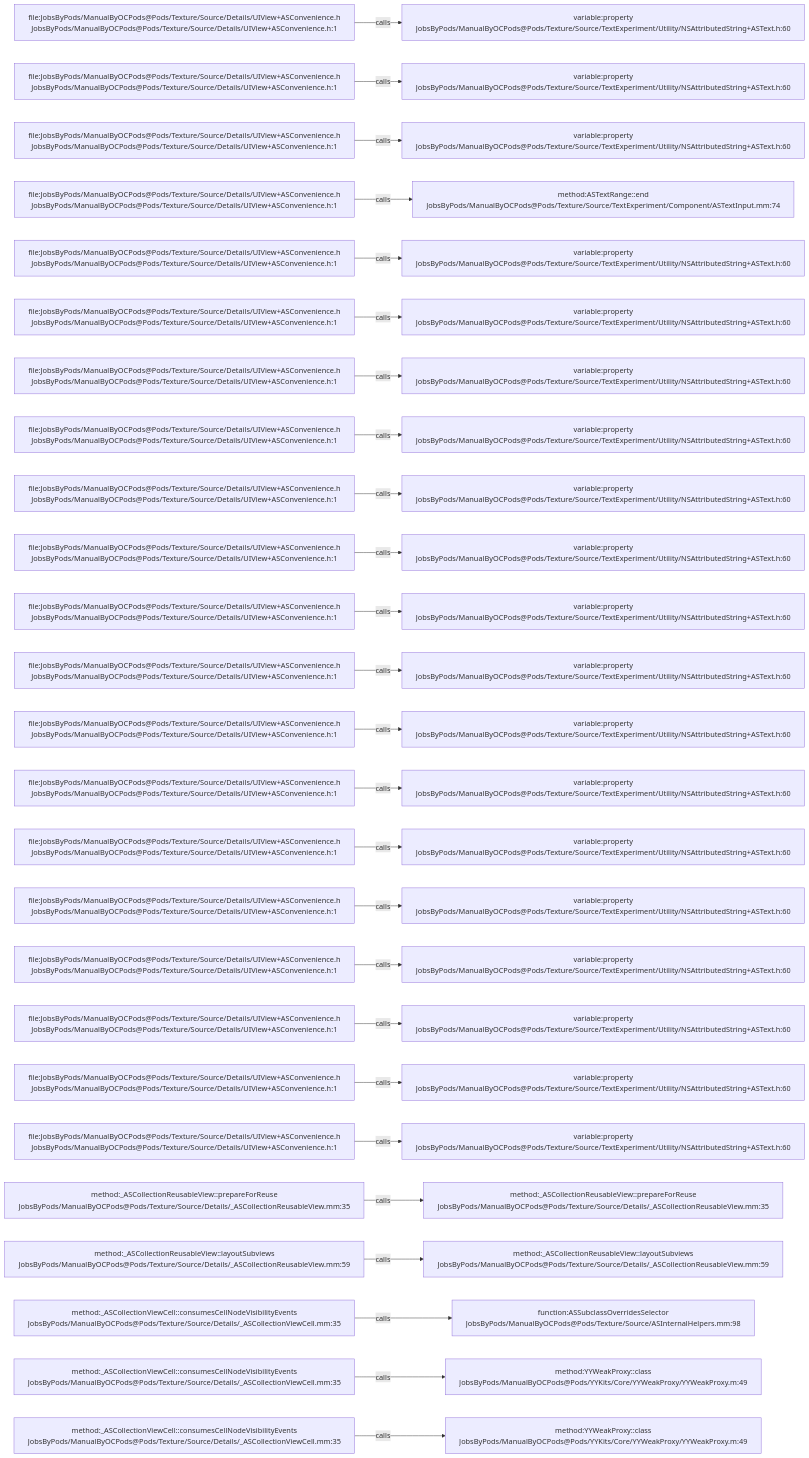
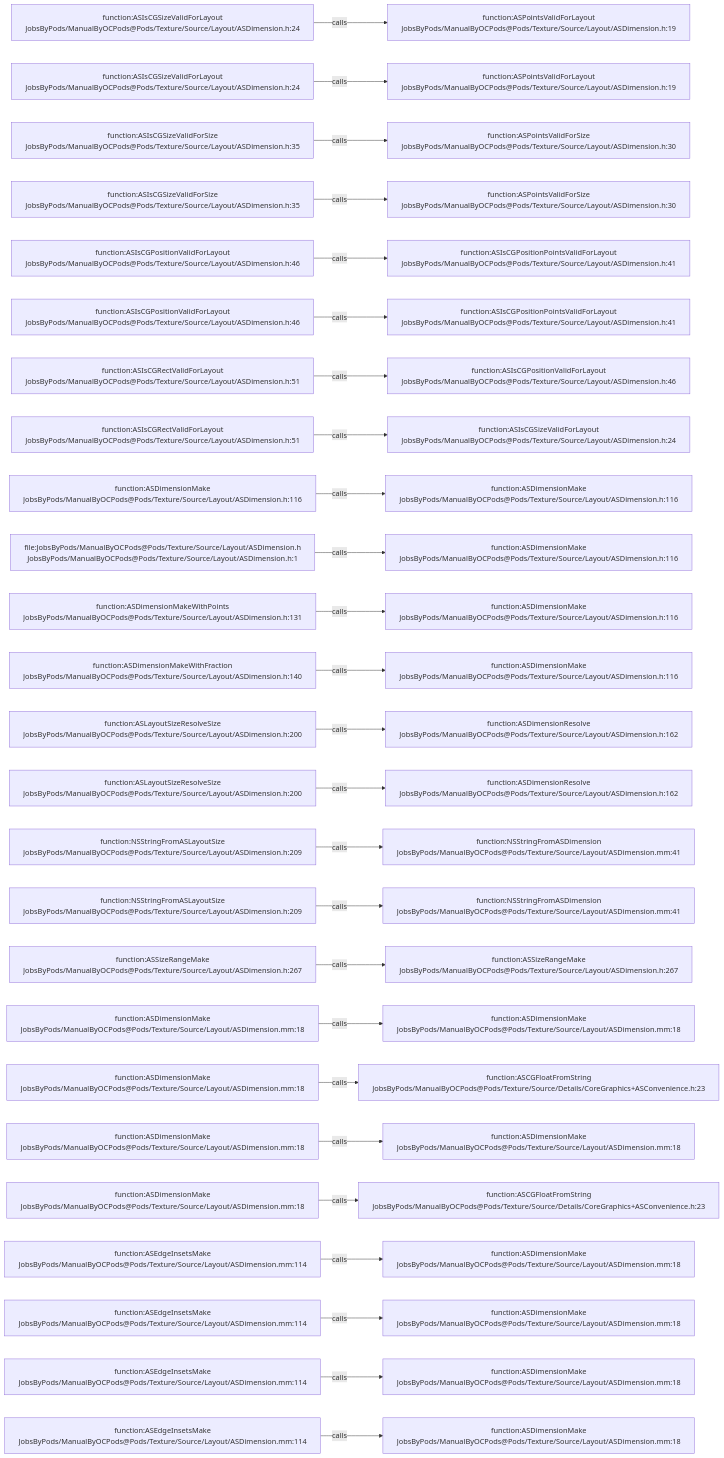
Before and after one commit to JobsKits/JobsOCBaseConfigDemo: the diagram in .codegraph/codegraph.md/graphs/calls-168.md, drawn with Mermaid. The commit also changed 1448 other files, not shown here.

````diff
--- a/.codegraph/codegraph.md/graphs/calls-168.md
+++ b/.codegraph/codegraph.md/graphs/calls-168.md
@@ -13,78 +13,78 @@
 ```mermaid
 flowchart LR
-  S1["file:JobsByPods/ManualByOCPods@Pods/Texture/Source/Details/UIView+ASConvenience.h<br/>JobsByPods/ManualByOCPods@Pods/Texture/Source/Details/UIView+ASConvenience.h:1"]
-  T1["variable:property<br/>JobsByPods/ManualByOCPods@Pods/Texture/Source/TextExperiment/Utility/NSAttributedString+ASText.h:60"]
+  S1["function:ASIsCGSizeValidForLayout<br/>JobsByPods/ManualByOCPods@Pods/Texture/Source/Layout/ASDimension.h:24"]
+  T1["function:ASPointsValidForLayout<br/>JobsByPods/ManualByOCPods@Pods/Texture/Source/Layout/ASDimension.h:19"]
   S1 -->|calls| T1
-  S2["file:JobsByPods/ManualByOCPods@Pods/Texture/Source/Details/UIView+ASConvenience.h<br/>JobsByPods/ManualByOCPods@Pods/Texture/Source/Details/UIView+ASConvenience.h:1"]
-  T2["variable:property<br/>JobsByPods/ManualByOCPods@Pods/Texture/Source/TextExperiment/Utility/NSAttributedString+ASText.h:60"]
+  S2["function:ASIsCGSizeValidForLayout<br/>JobsByPods/ManualByOCPods@Pods/Texture/Source/Layout/ASDimension.h:24"]
+  T2["function:ASPointsValidForLayout<br/>JobsByPods/ManualByOCPods@Pods/Texture/Source/Layout/ASDimension.h:19"]
   S2 -->|calls| T2
-  S3["file:JobsByPods/ManualByOCPods@Pods/Texture/Source/Details/UIView+ASConvenience.h<br/>JobsByPods/ManualByOCPods@Pods/Texture/Source/Details/UIView+ASConvenience.h:1"]
-  T3["variable:property<br/>JobsByPods/ManualByOCPods@Pods/Texture/Source/TextExperiment/Utility/NSAttributedString+ASText.h:60"]
+  S3["function:ASIsCGSizeValidForSize<br/>JobsByPods/ManualByOCPods@Pods/Texture/Source/Layout/ASDimension.h:35"]
+  T3["function:ASPointsValidForSize<br/>JobsByPods/ManualByOCPods@Pods/Texture/Source/Layout/ASDimension.h:30"]
   S3 -->|calls| T3
-  S4["file:JobsByPods/ManualByOCPods@Pods/Texture/Source/Details/UIView+ASConvenience.h<br/>JobsByPods/ManualByOCPods@Pods/Texture/Source/Details/UIView+ASConvenience.h:1"]
-  T4["method:ASTextRange::end<br/>JobsByPods/ManualByOCPods@Pods/Texture/Source/TextExperiment/Component/ASTextInput.mm:74"]
+  S4["function:ASIsCGSizeValidForSize<br/>JobsByPods/ManualByOCPods@Pods/Texture/Source/Layout/ASDimension.h:35"]
+  T4["function:ASPointsValidForSize<br/>JobsByPods/ManualByOCPods@Pods/Texture/Source/Layout/ASDimension.h:30"]
   S4 -->|calls| T4
-  S5["file:JobsByPods/ManualByOCPods@Pods/Texture/Source/Details/UIView+ASConvenience.h<br/>JobsByPods/ManualByOCPods@Pods/Texture/Source/Details/UIView+ASConvenience.h:1"]
-  T5["variable:property<br/>JobsByPods/ManualByOCPods@Pods/Texture/Source/TextExperiment/Utility/NSAttributedString+ASText.h:60"]
+  S5["function:ASIsCGPositionValidForLayout<br/>JobsByPods/ManualByOCPods@Pods/Texture/Source/Layout/ASDimension.h:46"]
+  T5["function:ASIsCGPositionPointsValidForLayout<br/>JobsByPods/ManualByOCPods@Pods/Texture/Source/Layout/ASDimension.h:41"]
   S5 -->|calls| T5
-  S6["file:JobsByPods/ManualByOCPods@Pods/Texture/Source/Details/UIView+ASConvenience.h<br/>JobsByPods/ManualByOCPods@Pods/Texture/Source/Details/UIView+ASConvenience.h:1"]
-  T6["variable:property<br/>JobsByPods/ManualByOCPods@Pods/Texture/Source/TextExperiment/Utility/NSAttributedString+ASText.h:60"]
+  S6["function:ASIsCGPositionValidForLayout<br/>JobsByPods/ManualByOCPods@Pods/Texture/Source/Layout/ASDimension.h:46"]
+  T6["function:ASIsCGPositionPointsValidForLayout<br/>JobsByPods/ManualByOCPods@Pods/Texture/Source/Layout/ASDimension.h:41"]
   S6 -->|calls| T6
-  S7["file:JobsByPods/ManualByOCPods@Pods/Texture/Source/Details/UIView+ASConvenience.h<br/>JobsByPods/ManualByOCPods@Pods/Texture/Source/Details/UIView+ASConvenience.h:1"]
-  T7["variable:property<br/>JobsByPods/ManualByOCPods@Pods/Texture/Source/TextExperiment/Utility/NSAttributedString+ASText.h:60"]
+  S7["function:ASIsCGRectValidForLayout<br/>JobsByPods/ManualByOCPods@Pods/Texture/Source/Layout/ASDimension.h:51"]
+  T7["function:ASIsCGPositionValidForLayout<br/>JobsByPods/ManualByOCPods@Pods/Texture/Source/Layout/ASDimension.h:46"]
   S7 -->|calls| T7
-  S8["file:JobsByPods/ManualByOCPods@Pods/Texture/Source/Details/UIView+ASConvenience.h<br/>JobsByPods/ManualByOCPods@Pods/Texture/Source/Details/UIView+ASConvenience.h:1"]
-  T8["variable:property<br/>JobsByPods/ManualByOCPods@Pods/Texture/Source/TextExperiment/Utility/NSAttributedString+ASText.h:60"]
+  S8["function:ASIsCGRectValidForLayout<br/>JobsByPods/ManualByOCPods@Pods/Texture/Source/Layout/ASDimension.h:51"]
+  T8["function:ASIsCGSizeValidForLayout<br/>JobsByPods/ManualByOCPods@Pods/Texture/Source/Layout/ASDimension.h:24"]
   S8 -->|calls| T8
-  S9["file:JobsByPods/ManualByOCPods@Pods/Texture/Source/Details/UIView+ASConvenience.h<br/>JobsByPods/ManualByOCPods@Pods/Texture/Source/Details/UIView+ASConvenience.h:1"]
-  T9["variable:property<br/>JobsByPods/ManualByOCPods@Pods/Texture/Source/TextExperiment/Utility/NSAttributedString+ASText.h:60"]
+  S9["function:ASDimensionMake<br/>JobsByPods/ManualByOCPods@Pods/Texture/Source/Layout/ASDimension.h:116"]
+  T9["function:ASDimensionMake<br/>JobsByPods/ManualByOCPods@Pods/Texture/Source/Layout/ASDimension.h:116"]
   S9 -->|calls| T9
-  S10["file:JobsByPods/ManualByOCPods@Pods/Texture/Source/Details/UIView+ASConvenience.h<br/>JobsByPods/ManualByOCPods@Pods/Texture/Source/Details/UIView+ASConvenience.h:1"]
-  T10["variable:property<br/>JobsByPods/ManualByOCPods@Pods/Texture/Source/TextExperiment/Utility/NSAttributedString+ASText.h:60"]
+  S10["file:JobsByPods/ManualByOCPods@Pods/Texture/Source/Layout/ASDimension.h<br/>JobsByPods/ManualByOCPods@Pods/Texture/Source/Layout/ASDimension.h:1"]
+  T10["function:ASDimensionMake<br/>JobsByPods/ManualByOCPods@Pods/Texture/Source/Layout/ASDimension.h:116"]
   S10 -->|calls| T10
-  S11["file:JobsByPods/ManualByOCPods@Pods/Texture/Source/Details/UIView+ASConvenience.h<br/>JobsByPods/ManualByOCPods@Pods/Texture/Source/Details/UIView+ASConvenience.h:1"]
-  T11["variable:property<br/>JobsByPods/ManualByOCPods@Pods/Texture/Source/TextExperiment/Utility/NSAttributedString+ASText.h:60"]
+  S11["function:ASDimensionMakeWithPoints<br/>JobsByPods/ManualByOCPods@Pods/Texture/Source/Layout/ASDimension.h:131"]
+  T11["function:ASDimensionMake<br/>JobsByPods/ManualByOCPods@Pods/Texture/Source/Layout/ASDimension.h:116"]
   S11 -->|calls| T11
-  S12["file:JobsByPods/ManualByOCPods@Pods/Texture/Source/Details/UIView+ASConvenience.h<br/>JobsByPods/ManualByOCPods@Pods/Texture/Source/Details/UIView+ASConvenience.h:1"]
-  T12["variable:property<br/>JobsByPods/ManualByOCPods@Pods/Texture/Source/TextExperiment/Utility/NSAttributedString+ASText.h:60"]
+  S12["function:ASDimensionMakeWithFraction<br/>JobsByPods/ManualByOCPods@Pods/Texture/Source/Layout/ASDimension.h:140"]
+  T12["function:ASDimensionMake<br/>JobsByPods/ManualByOCPods@Pods/Texture/Source/Layout/ASDimension.h:116"]
   S12 -->|calls| T12
-  S13["file:JobsByPods/ManualByOCPods@Pods/Texture/Source/Details/UIView+ASConvenience.h<br/>JobsByPods/ManualByOCPods@Pods/Texture/Source/Details/UIView+ASConvenience.h:1"]
-  T13["variable:property<br/>JobsByPods/ManualByOCPods@Pods/Texture/Source/TextExperiment/Utility/NSAttributedString+ASText.h:60"]
+  S13["function:ASLayoutSizeResolveSize<br/>JobsByPods/ManualByOCPods@Pods/Texture/Source/Layout/ASDimension.h:200"]
+  T13["function:ASDimensionResolve<br/>JobsByPods/ManualByOCPods@Pods/Texture/Source/Layout/ASDimension.h:162"]
   S13 -->|calls| T13
-  S14["file:JobsByPods/ManualByOCPods@Pods/Texture/Source/Details/UIView+ASConvenience.h<br/>JobsByPods/ManualByOCPods@Pods/Texture/Source/Details/UIView+ASConvenience.h:1"]
-  T14["variable:property<br/>JobsByPods/ManualByOCPods@Pods/Texture/Source/TextExperiment/Utility/NSAttributedString+ASText.h:60"]
+  S14["function:ASLayoutSizeResolveSize<br/>JobsByPods/ManualByOCPods@Pods/Texture/Source/Layout/ASDimension.h:200"]
+  T14["function:ASDimensionResolve<br/>JobsByPods/ManualByOCPods@Pods/Texture/Source/Layout/ASDimension.h:162"]
   S14 -->|calls| T14
-  S15["file:JobsByPods/ManualByOCPods@Pods/Texture/Source/Details/UIView+ASConvenience.h<br/>JobsByPods/ManualByOCPods@Pods/Texture/Source/Details/UIView+ASConvenience.h:1"]
-  T15["variable:property<br/>JobsByPods/ManualByOCPods@Pods/Texture/Source/TextExperiment/Utility/NSAttributedString+ASText.h:60"]
+  S15["function:NSStringFromASLayoutSize<br/>JobsByPods/ManualByOCPods@Pods/Texture/Source/Layout/ASDimension.h:209"]
+  T15["function:NSStringFromASDimension<br/>JobsByPods/ManualByOCPods@Pods/Texture/Source/Layout/ASDimension.mm:41"]
   S15 -->|calls| T15
-  S16["file:JobsByPods/ManualByOCPods@Pods/Texture/Source/Details/UIView+ASConvenience.h<br/>JobsByPods/ManualByOCPods@Pods/Texture/Source/Details/UIView+ASConvenience.h:1"]
-  T16["variable:property<br/>JobsByPods/ManualByOCPods@Pods/Texture/Source/TextExperiment/Utility/NSAttributedString+ASText.h:60"]
+  S16["function:NSStringFromASLayoutSize<br/>JobsByPods/ManualByOCPods@Pods/Texture/Source/Layout/ASDimension.h:209"]
+  T16["function:NSStringFromASDimension<br/>JobsByPods/ManualByOCPods@Pods/Texture/Source/Layout/ASDimension.mm:41"]
   S16 -->|calls| T16
-  S17["file:JobsByPods/ManualByOCPods@Pods/Texture/Source/Details/UIView+ASConvenience.h<br/>JobsByPods/ManualByOCPods@Pods/Texture/Source/Details/UIView+ASConvenience.h:1"]
-  T17["variable:property<br/>JobsByPods/ManualByOCPods@Pods/Texture/Source/TextExperiment/Utility/NSAttributedString+ASText.h:60"]
+  S17["function:ASSizeRangeMake<br/>JobsByPods/ManualByOCPods@Pods/Texture/Source/Layout/ASDimension.h:267"]
+  T17["function:ASSizeRangeMake<br/>JobsByPods/ManualByOCPods@Pods/Texture/Source/Layout/ASDimension.h:267"]
   S17 -->|calls| T17
-  S18["file:JobsByPods/ManualByOCPods@Pods/Texture/Source/Details/UIView+ASConvenience.h<br/>JobsByPods/ManualByOCPods@Pods/Texture/Source/Details/UIView+ASConvenience.h:1"]
-  T18["variable:property<br/>JobsByPods/ManualByOCPods@Pods/Texture/Source/TextExperiment/Utility/NSAttributedString+ASText.h:60"]
+  S18["function:ASDimensionMake<br/>JobsByPods/ManualByOCPods@Pods/Texture/Source/Layout/ASDimension.mm:18"]
+  T18["function:ASDimensionMake<br/>JobsByPods/ManualByOCPods@Pods/Texture/Source/Layout/ASDimension.mm:18"]
   S18 -->|calls| T18
-  S19["file:JobsByPods/ManualByOCPods@Pods/Texture/Source/Details/UIView+ASConvenience.h<br/>JobsByPods/ManualByOCPods@Pods/Texture/Source/Details/UIView+ASConvenience.h:1"]
-  T19["variable:property<br/>JobsByPods/ManualByOCPods@Pods/Texture/Source/TextExperiment/Utility/NSAttributedString+ASText.h:60"]
+  S19["function:ASDimensionMake<br/>JobsByPods/ManualByOCPods@Pods/Texture/Source/Layout/ASDimension.mm:18"]
+  T19["function:ASCGFloatFromString<br/>JobsByPods/ManualByOCPods@Pods/Texture/Source/Details/CoreGraphics+ASConvenience.h:23"]
   S19 -->|calls| T19
-  S20["file:JobsByPods/ManualByOCPods@Pods/Texture/Source/Details/UIView+ASConvenience.h<br/>JobsByPods/ManualByOCPods@Pods/Texture/Source/Details/UIView+ASConvenience.h:1"]
-  T20["variable:property<br/>JobsByPods/ManualByOCPods@Pods/Texture/Source/TextExperiment/Utility/NSAttributedString+ASText.h:60"]
+  S20["function:ASDimensionMake<br/>JobsByPods/ManualByOCPods@Pods/Texture/Source/Layout/ASDimension.mm:18"]
+  T20["function:ASDimensionMake<br/>JobsByPods/ManualByOCPods@Pods/Texture/Source/Layout/ASDimension.mm:18"]
   S20 -->|calls| T20
-  S21["method:_ASCollectionReusableView::prepareForReuse<br/>JobsByPods/ManualByOCPods@Pods/Texture/Source/Details/_ASCollectionReusableView.mm:35"]
-  T21["method:_ASCollectionReusableView::prepareForReuse<br/>JobsByPods/ManualByOCPods@Pods/Texture/Source/Details/_ASCollectionReusableView.mm:35"]
+  S21["function:ASDimensionMake<br/>JobsByPods/ManualByOCPods@Pods/Texture/Source/Layout/ASDimension.mm:18"]
+  T21["function:ASCGFloatFromString<br/>JobsByPods/ManualByOCPods@Pods/Texture/Source/Details/CoreGraphics+ASConvenience.h:23"]
   S21 -->|calls| T21
-  S22["method:_ASCollectionReusableView::layoutSubviews<br/>JobsByPods/ManualByOCPods@Pods/Texture/Source/Details/_ASCollectionReusableView.mm:59"]
-  T22["method:_ASCollectionReusableView::layoutSubviews<br/>JobsByPods/ManualByOCPods@Pods/Texture/Source/Details/_ASCollectionReusableView.mm:59"]
+  S22["function:ASEdgeInsetsMake<br/>JobsByPods/ManualByOCPods@Pods/Texture/Source/Layout/ASDimension.mm:114"]
+  T22["function:ASDimensionMake<br/>JobsByPods/ManualByOCPods@Pods/Texture/Source/Layout/ASDimension.mm:18"]
   S22 -->|calls| T22
-  S23["method:_ASCollectionViewCell::consumesCellNodeVisibilityEvents<br/>JobsByPods/ManualByOCPods@Pods/Texture/Source/Details/_ASCollectionViewCell.mm:35"]
-  T23["function:ASSubclassOverridesSelector<br/>JobsByPods/ManualByOCPods@Pods/Texture/Source/ASInternalHelpers.mm:98"]
+  S23["function:ASEdgeInsetsMake<br/>JobsByPods/ManualByOCPods@Pods/Texture/Source/Layout/ASDimension.mm:114"]
+  T23["function:ASDimensionMake<br/>JobsByPods/ManualByOCPods@Pods/Texture/Source/Layout/ASDimension.mm:18"]
   S23 -->|calls| T23
-  S24["method:_ASCollectionViewCell::consumesCellNodeVisibilityEvents<br/>JobsByPods/ManualByOCPods@Pods/Texture/Source/Details/_ASCollectionViewCell.mm:35"]
-  T24["method:YYWeakProxy::class<br/>JobsByPods/ManualByOCPods@Pods/YYKits/Core/YYWeakProxy/YYWeakProxy.m:49"]
+  S24["function:ASEdgeInsetsMake<br/>JobsByPods/ManualByOCPods@Pods/Texture/Source/Layout/ASDimension.mm:114"]
+  T24["function:ASDimensionMake<br/>JobsByPods/ManualByOCPods@Pods/Texture/Source/Layout/ASDimension.mm:18"]
   S24 -->|calls| T24
-  S25["method:_ASCollectionViewCell::consumesCellNodeVisibilityEvents<br/>JobsByPods/ManualByOCPods@Pods/Texture/Source/Details/_ASCollectionViewCell.mm:35"]
-  T25["method:YYWeakProxy::class<br/>JobsByPods/ManualByOCPods@Pods/YYKits/Core/YYWeakProxy/YYWeakProxy.m:49"]
+  S25["function:ASEdgeInsetsMake<br/>JobsByPods/ManualByOCPods@Pods/Texture/Source/Layout/ASDimension.mm:114"]
+  T25["function:ASDimensionMake<br/>JobsByPods/ManualByOCPods@Pods/Texture/Source/Layout/ASDimension.mm:18"]
   S25 -->|calls| T25
 ```
````
